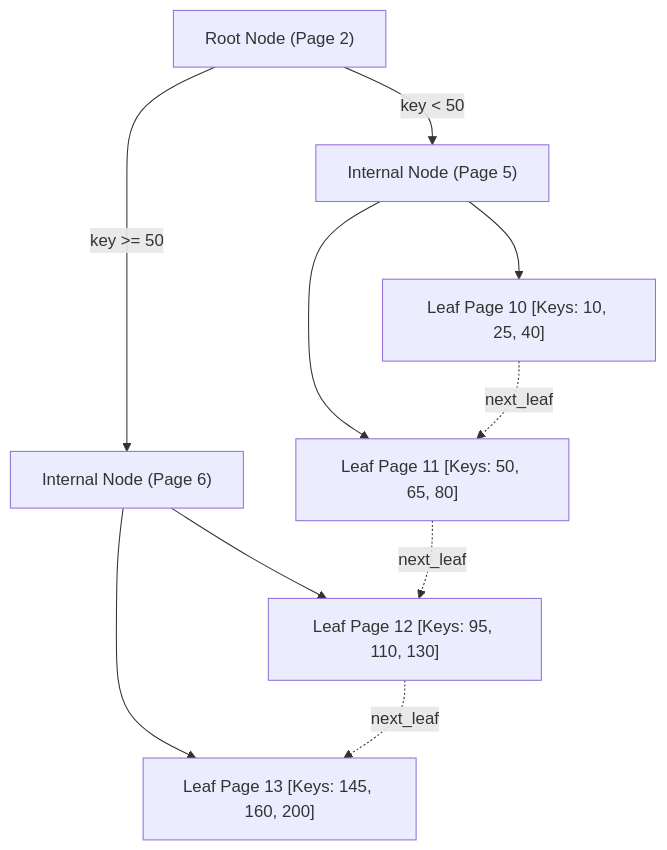
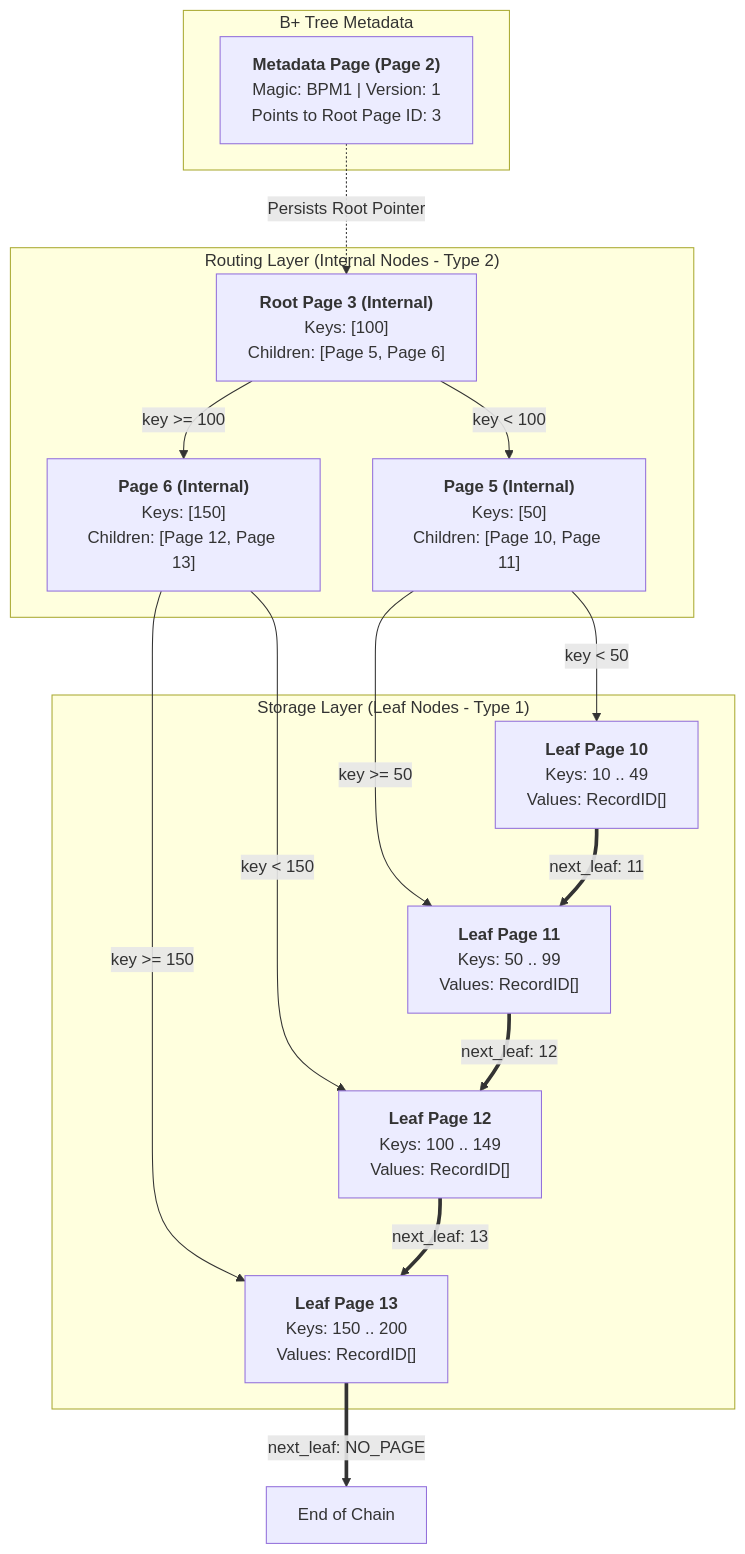
The first of 4 diagrams in docs/architecture/bplus-tree.md (KAAZamapiloT/QUARTZ_DB), drawn with Mermaid before and after one commit. The commit also changed other lines of this file and 9 other files, not shown here.

Commit message:
Enhance system & architecture diagrams true to codebase

````diff
--- a/docs/architecture/bplus-tree.md
+++ b/docs/architecture/bplus-tree.md
@@ -18,15 +13,34 @@
 ```mermaid
 graph TD
-    Root["Root Node (Page 2)"]
-    Root -->|key < 50| InternalL["Internal Node (Page 5)"]
-    Root -->|key >= 50| InternalR["Internal Node (Page 6)"]
+    subgraph MetaBlock ["B+ Tree Metadata"]
+        META["<b>Metadata Page (Page 2)</b><br>Magic: BPM1 | Version: 1<br>Points to Root Page ID: 3"]
+    end
 
-    InternalL --> Leaf1["Leaf Page 10 [Keys: 10, 25, 40]"]
-    InternalL --> Leaf2["Leaf Page 11 [Keys: 50, 65, 80]"]
-    InternalR --> Leaf3["Leaf Page 12 [Keys: 95, 110, 130]"]
-    InternalR --> Leaf4["Leaf Page 13 [Keys: 145, 160, 200]"]
+    subgraph InternalNodes ["Routing Layer (Internal Nodes - Type 2)"]
+        ROOT["<b>Root Page 3 (Internal)</b><br>Keys: [100]<br>Children: [Page 5, Page 6]"]
+        INT1["<b>Page 5 (Internal)</b><br>Keys: [50]<br>Children: [Page 10, Page 11]"]
+        INT2["<b>Page 6 (Internal)</b><br>Keys: [150]<br>Children: [Page 12, Page 13]"]
+    end
 
-    Leaf1 -.->|next_leaf| Leaf2
-    Leaf2 -.->|next_leaf| Leaf3
-    Leaf3 -.->|next_leaf| Leaf4
+    subgraph LeafNodes ["Storage Layer (Leaf Nodes - Type 1)"]
+        L1["<b>Leaf Page 10</b><br>Keys: 10 .. 49<br>Values: RecordID[]"]
+        L2["<b>Leaf Page 11</b><br>Keys: 50 .. 99<br>Values: RecordID[]"]
+        L3["<b>Leaf Page 12</b><br>Keys: 100 .. 149<br>Values: RecordID[]"]
+        L4["<b>Leaf Page 13</b><br>Keys: 150 .. 200<br>Values: RecordID[]"]
+    end
+
+    META -.->|Persists Root Pointer| ROOT
+    ROOT -->|key &lt; 100| INT1
+    ROOT -->|key &gt;= 100| INT2
+
+    INT1 -->|key &lt; 50| L1
+    INT1 -->|key &gt;= 50| L2
+
+    INT2 -->|key &lt; 150| L3
+    INT2 -->|key &gt;= 150| L4
+
+    L1 ==>|next_leaf: 11| L2
+    L2 ==>|next_leaf: 12| L3
+    L3 ==>|next_leaf: 13| L4
+    L4 ==>|next_leaf: NO_PAGE| END[End of Chain]
 ```
````
